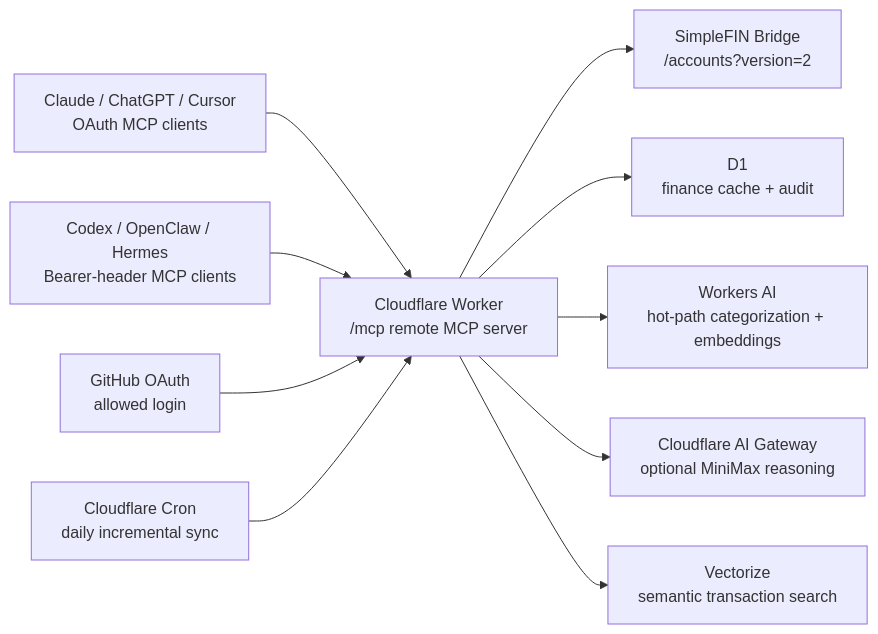
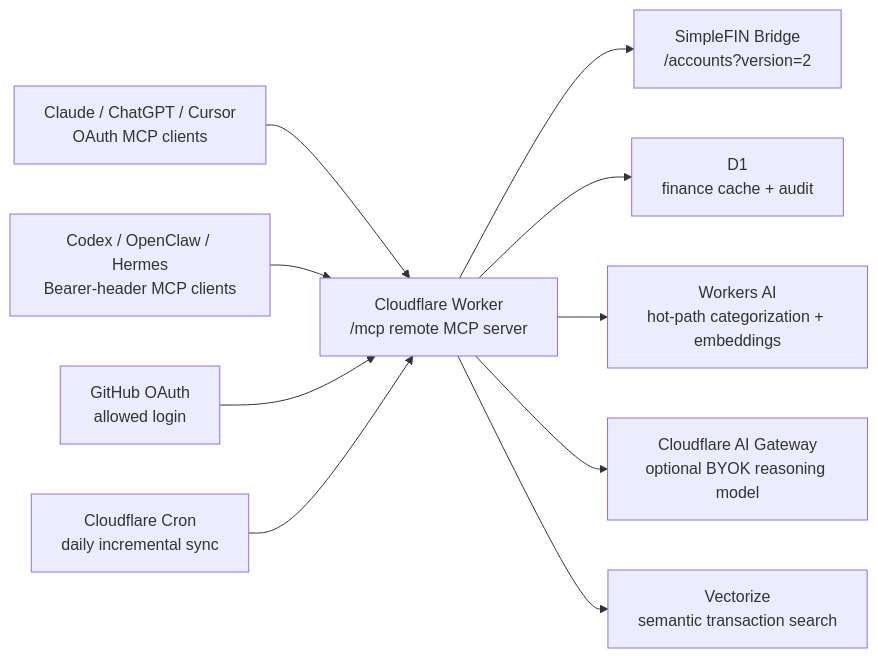
The diagram in README.md (JithendraNara/simplefin-cloudflare-finance-mcp), drawn with Mermaid before and after one commit. The commit also changed other lines of this file and 9 other files, not shown here.

````diff
--- a/README.md
+++ b/README.md
@@ -106,23 +106,23 @@
 ```mermaid
 flowchart LR
   claude["Claude / ChatGPT / Cursor<br/>OAuth MCP clients"]
   bearer["Codex / OpenClaw / Hermes<br/>Bearer-header MCP clients"]
   worker["Cloudflare Worker<br/>/mcp remote MCP server"]
   oauth["GitHub OAuth<br/>allowed login"]
   d1["D1<br/>finance cache + audit"]
   ai["Workers AI<br/>hot-path categorization + embeddings"]
-  gateway["Cloudflare AI Gateway<br/>optional MiniMax reasoning"]
+  gateway["Cloudflare AI Gateway<br/>optional BYOK reasoning model"]
   vector["Vectorize<br/>semantic transaction search"]
   simplefin["SimpleFIN Bridge<br/>/accounts?version=2"]
   cron["Cloudflare Cron<br/>daily incremental sync"]
 
   claude --> worker
   bearer --> worker
   oauth --> worker
   cron --> worker
   worker --> simplefin
   worker --> d1
   worker --> ai
   worker --> gateway
   worker --> vector
 ```
````
